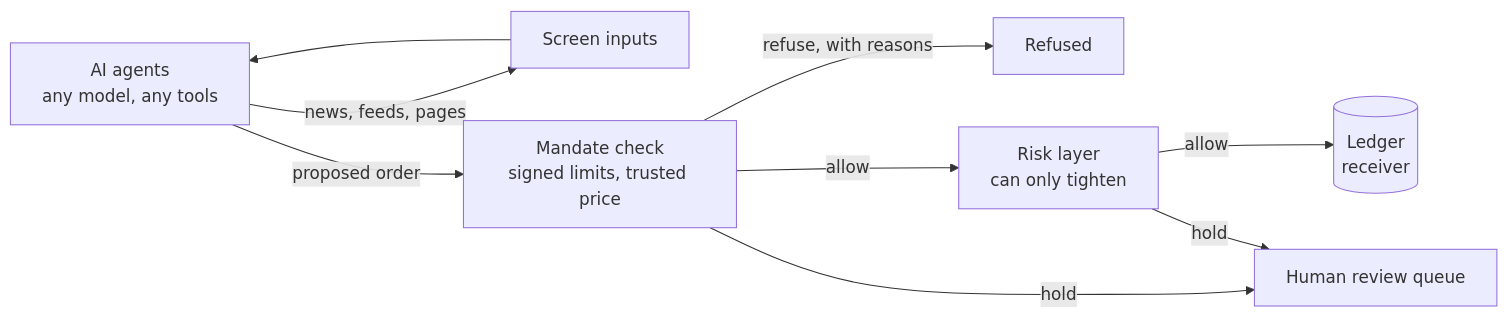
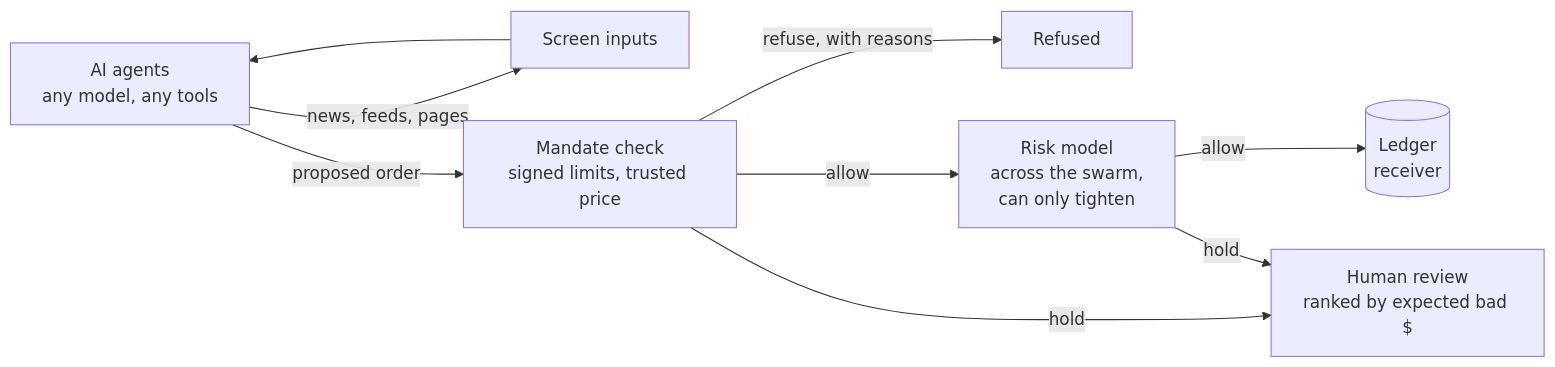
One commit to Yashwant-Bhyri/orderguard changed the diagram in README.md. Above: the diagram before and after it, drawn with Mermaid. The commit also changed other lines of this file and 4 other files, not shown here.

````diff
--- a/README.md
+++ b/README.md
@@ -14,11 +15,11 @@
 ```mermaid
 flowchart LR
   A["AI agents<br/>any model, any tools"] -->|"news, feeds, pages"| S["Screen inputs"]
   S --> A
   A -->|"proposed order"| G["Mandate check<br/>signed limits, trusted price"]
   G -->|"refuse, with reasons"| X["Refused"]
-  G -->|"allow"| R["Risk layer<br/>can only tighten"]
+  G -->|"allow"| R["Risk model<br/>across the swarm,<br/>can only tighten"]
   R -->|"allow"| L[("Ledger<br/>receiver")]
-  G -->|"hold"| H["Human review queue"]
+  G -->|"hold"| H["Human review<br/>ranked by expected bad $"]
   R -->|"hold"| H
 ```
````
